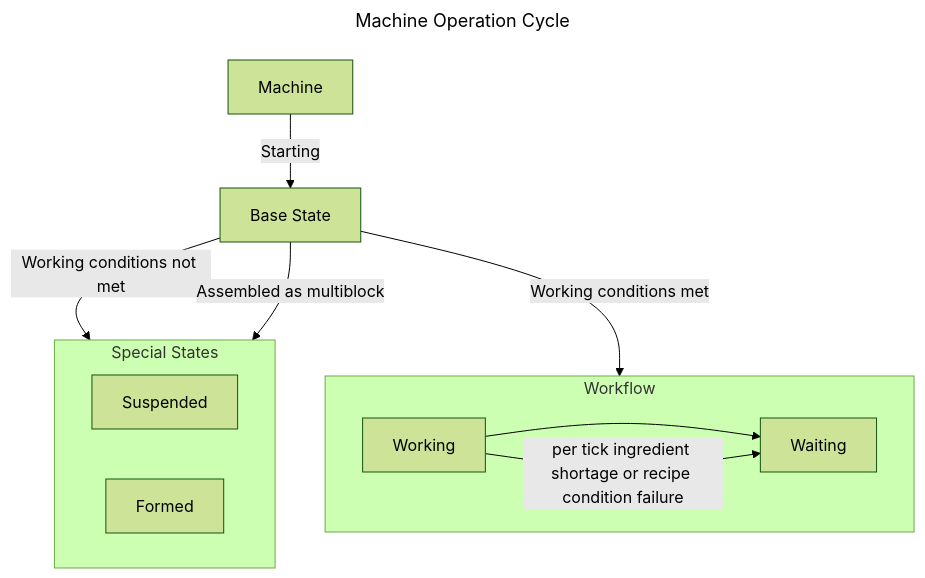
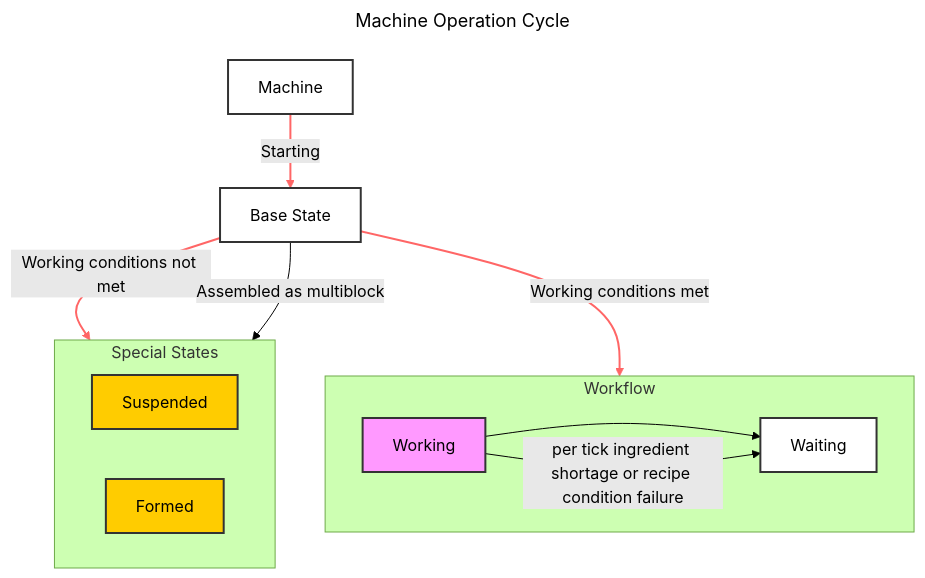
One commit to CrychicTeam/CrychicDoc changed the diagram in docs/en/mods/custom/MBD2/SingleBlockBasic.md. Above: the diagram before and after it, drawn with Mermaid (forest theme). The commit also changed other lines of this file and 6 other files, not shown here.

````diff
--- a/docs/en/mods/custom/MBD2/SingleBlockBasic.md
+++ b/docs/en/mods/custom/MBD2/SingleBlockBasic.md
@@ -20,25 +20,34 @@
 ```mermaid
 ---
 title: Machine Operation Cycle
 ---
 flowchart TB
     A[Machine] -->|Starting| B[Base State]
-    B -->|Working conditions met| C
-    B -->|Working conditions not met| G
-    B -->|Assembled as multiblock| F
+    B -->|Working conditions met| C[Working]
+    B -->|Working conditions not met| G[Suspended]
+    B -->|Assembled as multiblock| F[Formed]
 
     subgraph Workflow ["Workflow"]
     direction LR
-    C[Working]--> D[Waiting]
+    C --> D[Waiting]
     C -->|per tick ingredient shortage or recipe condition failure| D
     end
 
     subgraph Special States ["Special States"]
     direction LR
-    G[Suspended]
-    F[Formed]
+    G
+    F
     end
 
+    classDef working fill:#f9f,stroke:#333,stroke-width:2px,color:#000;
+    classDef special fill:#ffcc00,stroke:#333,stroke-width:2px,color:#000;
     class C,D working;
     class G,F special;
+
+    linkStyle 0 stroke:#f66,stroke-width:2px;
+    linkStyle 1 stroke:#f66,stroke-width:2px;
+    linkStyle 2 stroke:#f66,stroke-width:2px;
+    style A fill:#fff,stroke:#333,stroke-width:2px,color:#000;
+    style B fill:#fff,stroke:#333,stroke-width:2px,color:#000;
+    style D fill:#fff,stroke:#333,stroke-width:2px,color:#000;
 ```
````
